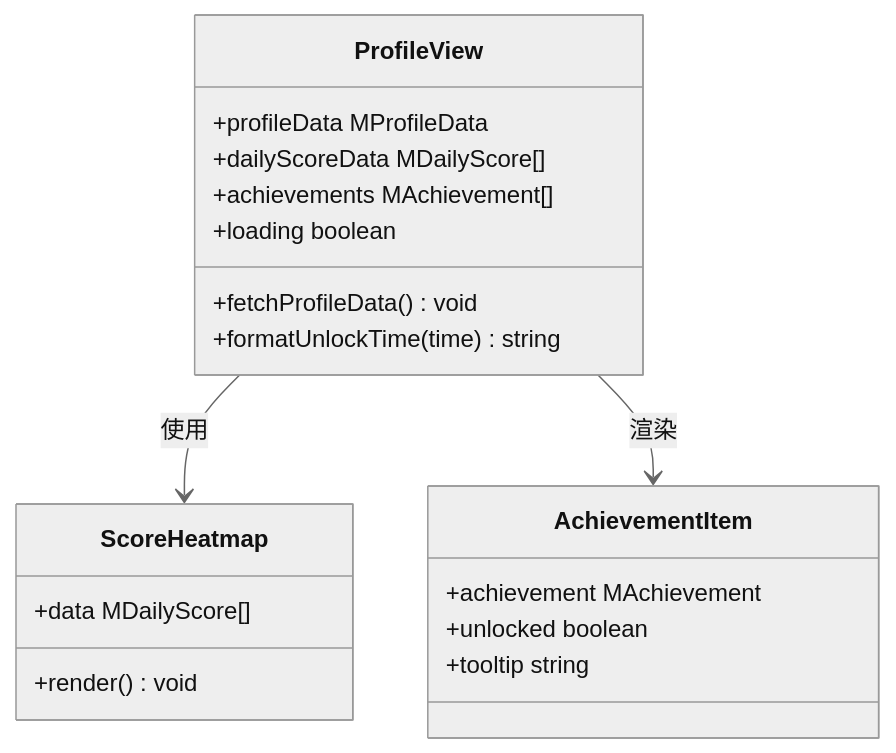
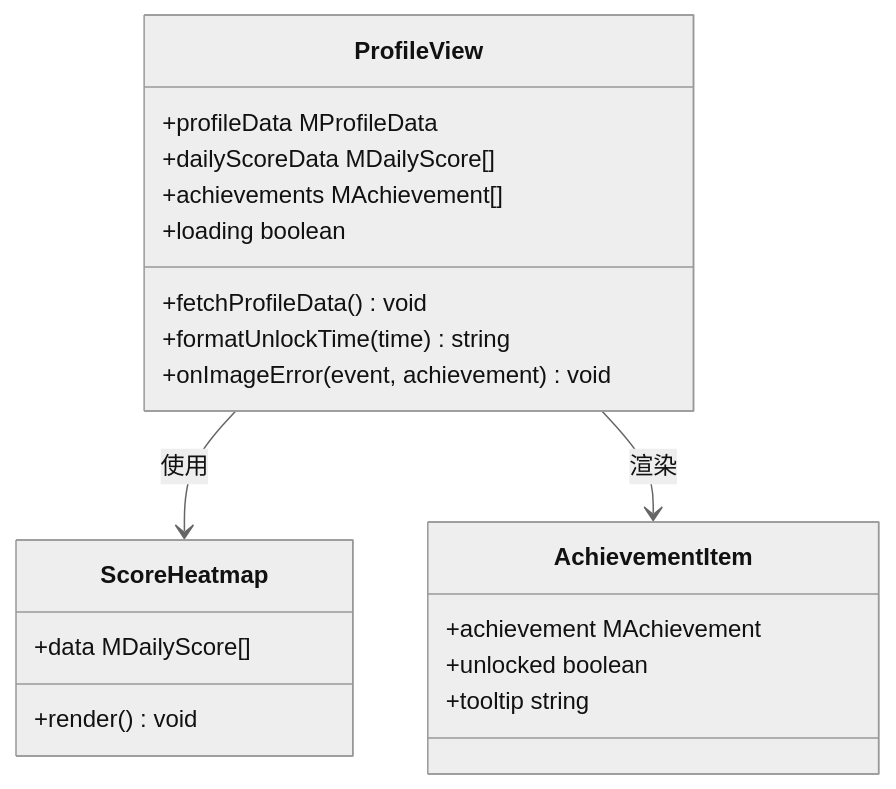
Before and after one commit to TinyMaD/SpeedRunnersLab: the sixth of 15 diagrams in .qoder/repowiki/zh/content/后端 API 服务/用户管理模块/个人资料系统.md, drawn with Mermaid (neutral theme). The commit also changed other lines of this file and 9 other files, not shown here.

````diff
--- a/.qoder/repowiki/zh/content/后端 API 服务/用户管理模块/个人资料系统.md
+++ b/.qoder/repowiki/zh/content/后端 API 服务/用户管理模块/个人资料系统.md
@@ -299,22 +328,23 @@
 ```mermaid
 classDiagram
 class ProfileView {
 +profileData MProfileData
 +dailyScoreData MDailyScore[]
 +achievements MAchievement[]
 +loading boolean
 +fetchProfileData() void
 +formatUnlockTime(time) string
++onImageError(event, achievement) void
 }
 class ScoreHeatmap {
 +data MDailyScore[]
 +render() void
 }
 class AchievementItem {
 +achievement MAchievement
 +unlocked boolean
 +tooltip string
 }
 ProfileView --> ScoreHeatmap : 使用
 ProfileView --> AchievementItem : 渲染
 ```
````
